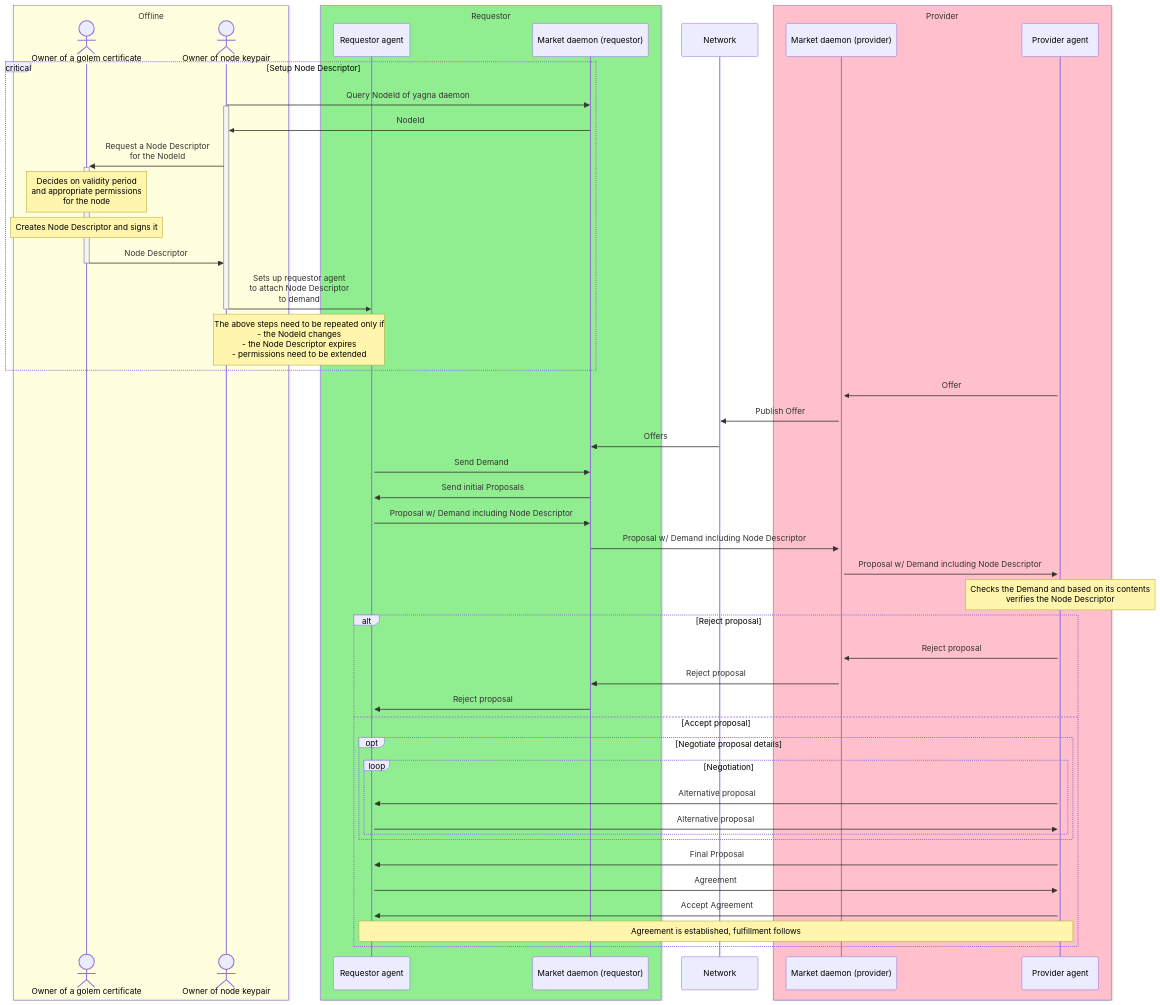
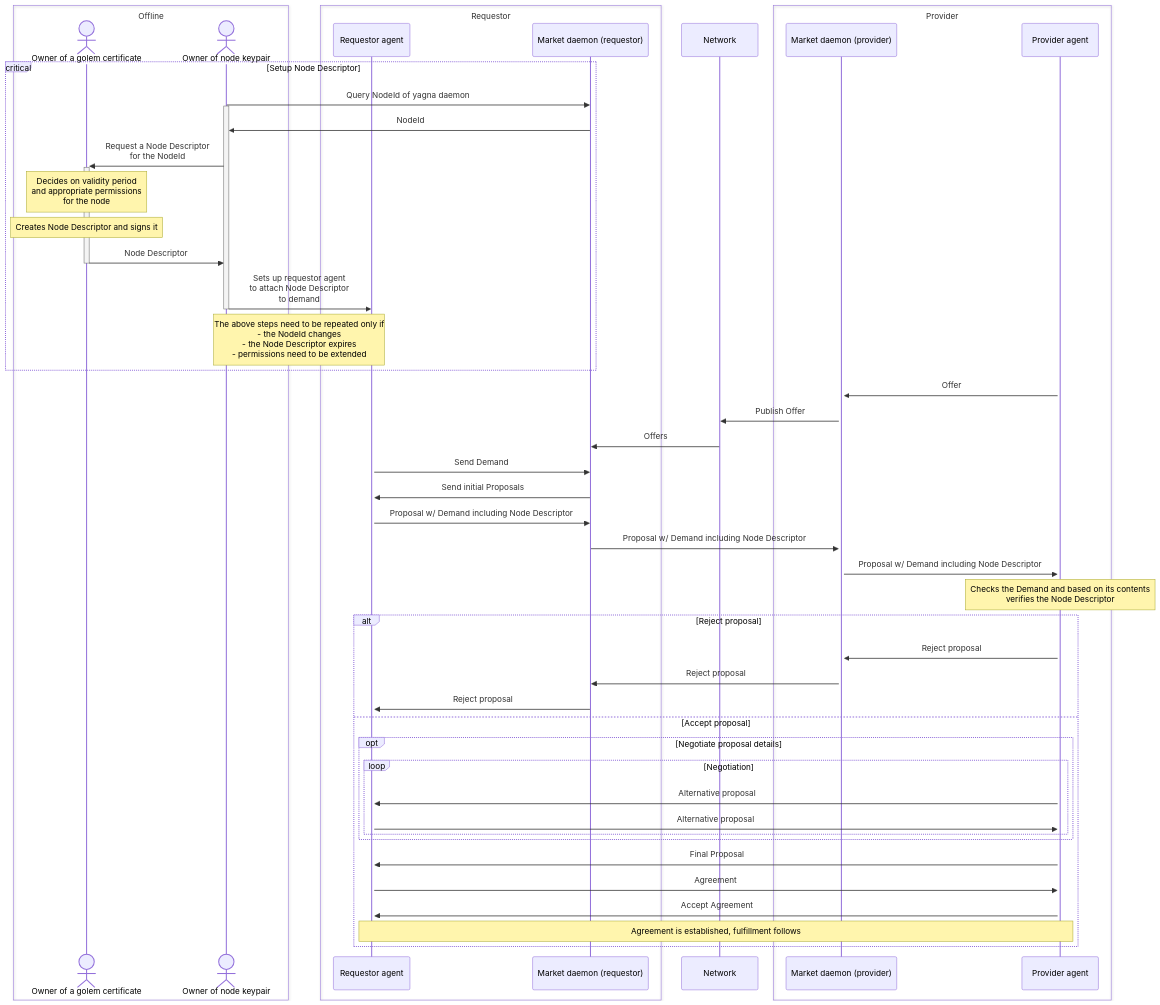
One commit to golemfactory/golem-architecture changed the diagram in gaps/gap-31_node_descriptor/gap-31_node_descriptor.md. Above: the diagram before and after it, drawn with Mermaid.

Commit message:
Remove colors from diagram

````diff
--- a/gaps/gap-31_node_descriptor/gap-31_node_descriptor.md
+++ b/gaps/gap-31_node_descriptor/gap-31_node_descriptor.md
@@ -104,55 +104,55 @@
 ```mermaid
 sequenceDiagram
-    box lightyellow Offline
+    box Offline
     actor Cert as Owner of a golem certificate
     actor KeyPair as Owner of node keypair
     end
-    box lightgreen Requestor
+    box Requestor
     participant Req as Requestor agent
     participant YagnaR as Market daemon (requestor)
     end
     participant Network
-    box pink Provider
+    box Provider
     participant YagnaP as Market daemon (provider)
     participant Prov as Provider agent
     end
     activate YagnaP
     critical Setup Node Descriptor
         KeyPair ->> YagnaR: Query NodeId of yagna daemon
         activate KeyPair
         YagnaR ->> KeyPair: NodeId
         KeyPair ->> +Cert: Request a Node Descriptor<br/>for the NodeId
         Note over Cert: Decides on validity period<br/>and appropriate permissions<br/>for the node
         Note over Cert: Creates Node Descriptor and signs it
         Cert ->> -KeyPair: Node Descriptor
         KeyPair ->> -Req: Sets up requestor agent<br/>to attach Node Descriptor<br/>to demand
         Note over KeyPair, Req: The above steps need to be repeated only if<br/>- the NodeId changes<br/>- the Node Descriptor expires<br/>- permissions need to be extended
     end
     activate Req
     activate Prov
     Prov ->> YagnaP: Offer
     YagnaP ->> Network: Publish Offer
     Network ->> YagnaR: Offers
     Req ->> YagnaR: Send Demand
     YagnaR ->> Req: Send initial Proposals
     Req ->> YagnaR: Proposal w/ Demand including Node Descriptor
     YagnaR ->> YagnaP: Proposal w/ Demand including Node Descriptor
     YagnaP ->> Prov: Proposal w/ Demand including Node Descriptor
     Note over Prov: Checks the Demand and based on its contents<br/>verifies the Node Descriptor
     alt Reject proposal
         Prov ->> YagnaP: Reject proposal
         YagnaP ->> YagnaR: Reject proposal
         YagnaR ->> Req: Reject proposal
     else Accept proposal
         opt Negotiate proposal details
             loop Negotiation
                 Prov ->> Req: Alternative proposal
                 Req ->> Prov: Alternative proposal
             end
         end
         Prov ->> Req: Final Proposal
         Req ->> Prov: Agreement
         Prov ->> Req: Accept Agreement
         Note over Prov, Req: Agreement is established, fulfillment follows
     end
 ```
````
